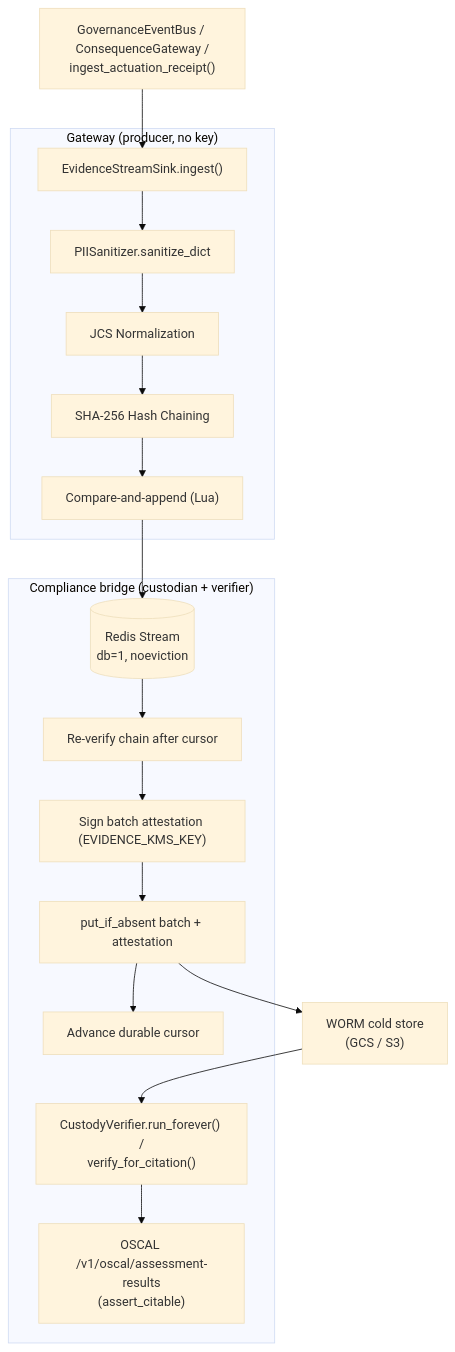
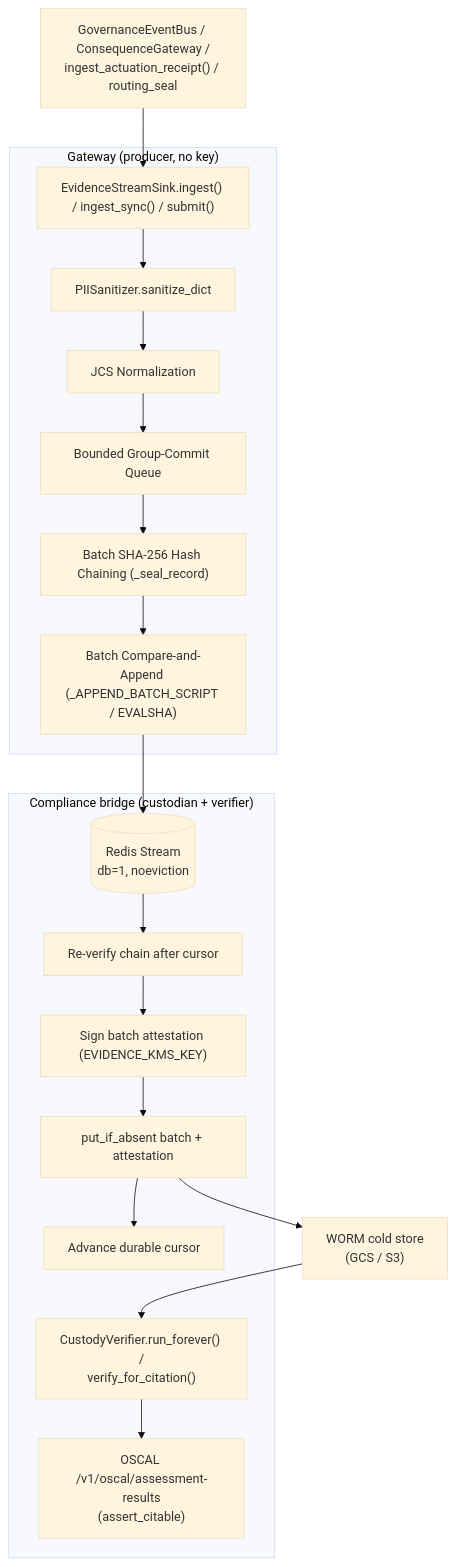
One commit to google/cybernetic-agent-governance-engine changed the diagram in docs/architecture/EVIDENCE_CHAIN.md. Above: the diagram before and after it, drawn with Mermaid (base theme). The commit also changed other lines of this file and 8 other files, not shown here.

Commit message:
refactor(governance): batch evidence appends via group commit

````diff
--- a/docs/architecture/EVIDENCE_CHAIN.md
+++ b/docs/architecture/EVIDENCE_CHAIN.md
@@ -16,24 +16,25 @@
 ```mermaid
 flowchart TD
-    EventBus["GovernanceEventBus / ConsequenceGateway /\ningest_actuation_receipt()"] --> Ingest["EvidenceStreamSink.ingest()"]
+    EventBus["GovernanceEventBus / ConsequenceGateway /\ningest_actuation_receipt() / routing_seal"] --> Ingest["EvidenceStreamSink.ingest() / ingest_sync() / submit()"]
 
     subgraph Producer["Gateway (producer, no key)"]
         Ingest --> PII[PIISanitizer.sanitize_dict]
         PII --> JCS[JCS Normalization]
-        JCS --> Hash[SHA-256 Hash Chaining]
-        Hash --> CAS["Compare-and-append (Lua)"]
+        JCS --> Queue["Bounded Group-Commit Queue"]
+        Queue --> Hash["Batch SHA-256 Hash Chaining (_seal_record)"]
+        Hash --> CAS["Batch Compare-and-Append (_APPEND_BATCH_SCRIPT / EVALSHA)"]
     end
 
     CAS --> Redis[("Redis Stream\ndb=1, noeviction")]
 
     subgraph Custodian["Compliance bridge (custodian + verifier)"]
         Redis --> Verify["Re-verify chain after cursor"]
         Verify --> Sign["Sign batch attestation (EVIDENCE_KMS_KEY)"]
         Sign --> Put["put_if_absent batch + attestation"]
         Put --> Cursor["Advance durable cursor"]
         VerifyArchive["CustodyVerifier.run_forever() /\nverify_for_citation()"] --> OSCAL["OSCAL /v1/oscal/assessment-results\n(assert_citable)"]
     end
 
     Put --> Integrations["WORM cold store\n(GCS / S3)"]
     Integrations --> VerifyArchive
 ```
````
